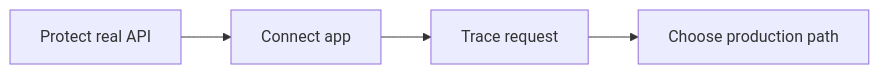
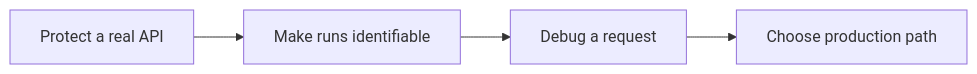
Before and after one commit to Garudex-Labs/caracal: the diagram in docs/src/content/docs/tutorials/index.mdx, drawn with Mermaid. The commit also changed other lines of this file and 8 other files, not shown here.

````diff
--- a/docs/src/content/docs/tutorials/index.mdx
+++ b/docs/src/content/docs/tutorials/index.mdx
@@ -11,9 +18,9 @@
 ```mermaid
 flowchart LR
-  API[Protect real API]
-  SDK[Connect app]
-  Trace[Trace request]
+  API[Protect a real API]
+  SDK[Make runs identifiable]
+  Trace[Debug a request]
   Path[Choose production path]
 
   API --> SDK --> Trace --> Path
 ```
````
